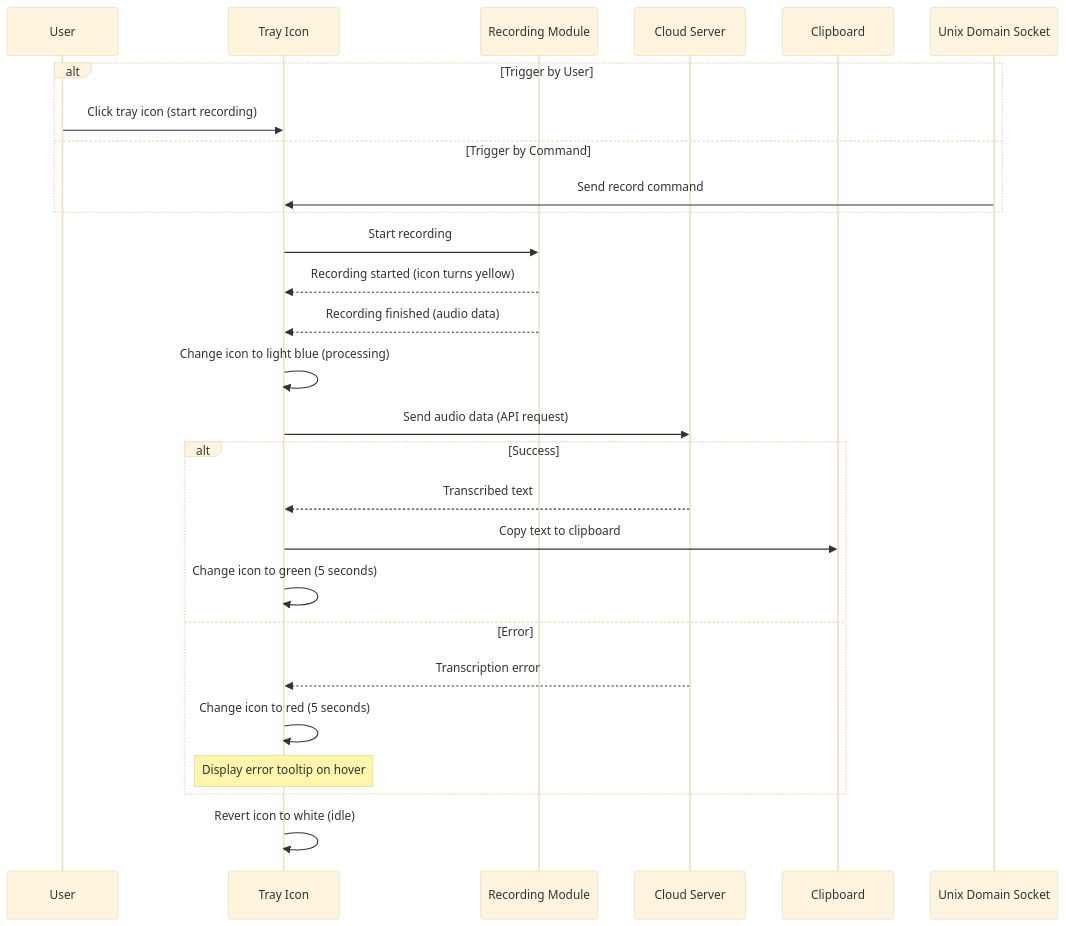
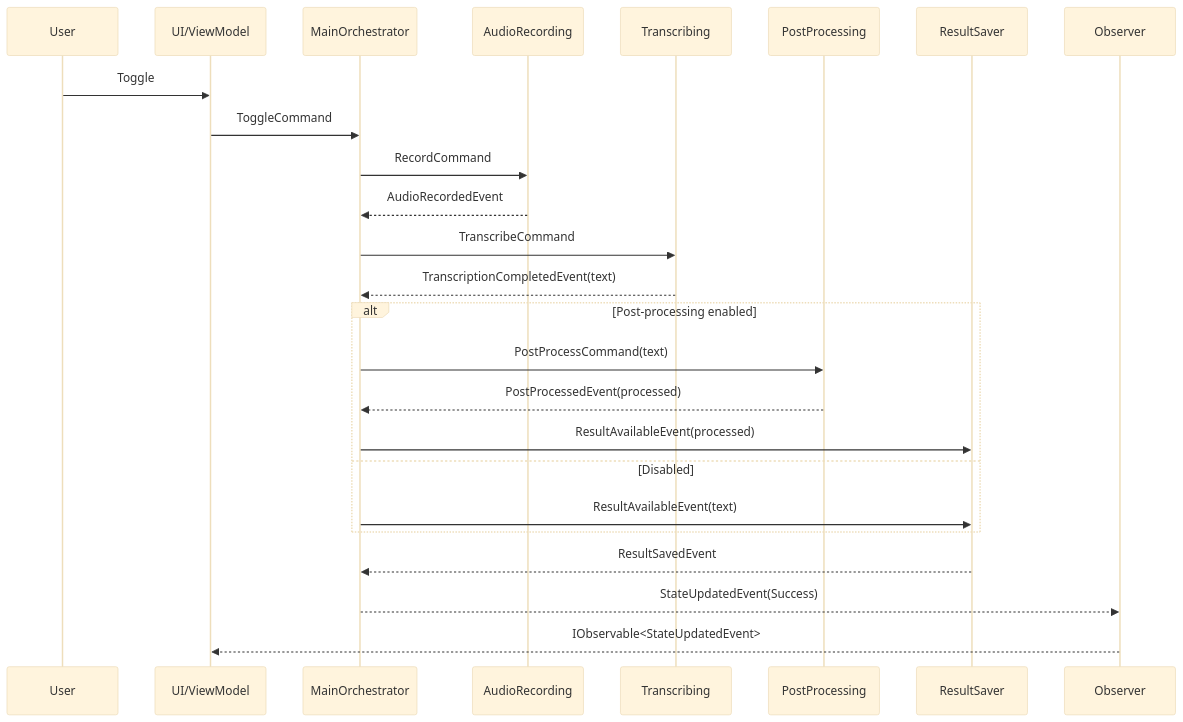
One commit to V0v1kkk/WhisperVoiceInput changed the fourth of 4 diagrams in readme.md. Above: the diagram before and after it, drawn with Mermaid (base theme). The commit also changed other lines of this file, not shown here.

Commit message:
docs: update README to reflect major refactor with Akka.NET and AI post-processing features

````diff
--- a/readme.md
+++ b/readme.md
@@ -292,31 +367,28 @@
 ```mermaid
 sequenceDiagram
     participant User as User
-    participant Tray as Tray Icon
-    participant Recorder as Recording Module
-    participant Cloud as Cloud Server
-    participant Clipboard as Clipboard
-    participant UDS as Unix Domain Socket
+    participant UI as UI/ViewModel
+    participant Orch as MainOrchestrator
+    participant Aud as AudioRecording
+    participant Tr as Transcribing
+    participant PP as PostProcessing
+    participant Sav as ResultSaver
+    participant Obs as Observer
 
-    alt Trigger by User
-        User->>Tray: Click tray icon (start recording)
-    else Trigger by Command
-        UDS->>Tray: Send record command
+    User->>UI: Toggle
+    UI->>Orch: ToggleCommand
+    Orch->>Aud: RecordCommand
+    Aud-->>Orch: AudioRecordedEvent
+    Orch->>Tr: TranscribeCommand
+    Tr-->>Orch: TranscriptionCompletedEvent(text)
+    alt Post-processing enabled
+        Orch->>PP: PostProcessCommand(text)
+        PP-->>Orch: PostProcessedEvent(processed)
+        Orch->>Sav: ResultAvailableEvent(processed)
+    else Disabled
+        Orch->>Sav: ResultAvailableEvent(text)
     end
-
-    Tray->>Recorder: Start recording
-    Recorder-->>Tray: Recording started (icon turns yellow)
-    Recorder-->>Tray: Recording finished (audio data)
-    Tray->>Tray: Change icon to light blue (processing)
-    Tray->>Cloud: Send audio data (API request)
-    alt Success
-        Cloud-->>Tray: Transcribed text
-        Tray->>Clipboard: Copy text to clipboard
-        Tray->>Tray: Change icon to green (5 seconds)
-    else Error
-        Cloud-->>Tray: Transcription error
-        Tray->>Tray: Change icon to red (5 seconds)
-        Note over Tray: Display error tooltip on hover
-    end
-    Tray->>Tray: Revert icon to white (idle)
+    Sav-->>Orch: ResultSavedEvent
+    Orch-->>Obs: StateUpdatedEvent(Success)
+    Obs-->>UI: IObservable<StateUpdatedEvent>
 ```
````
